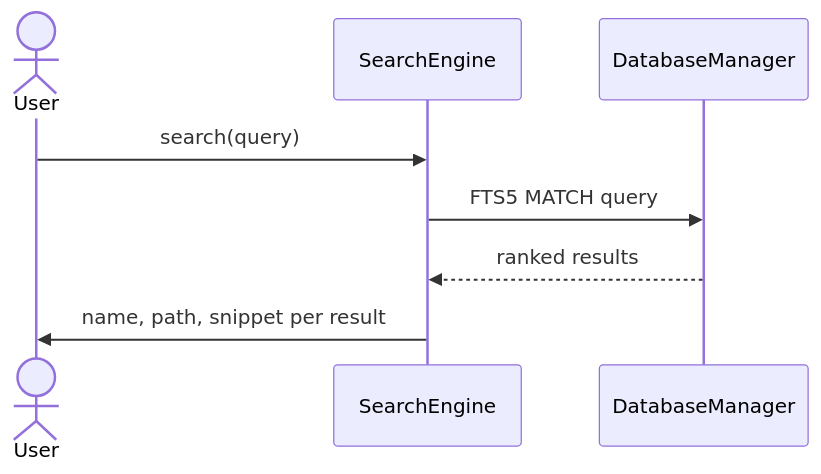
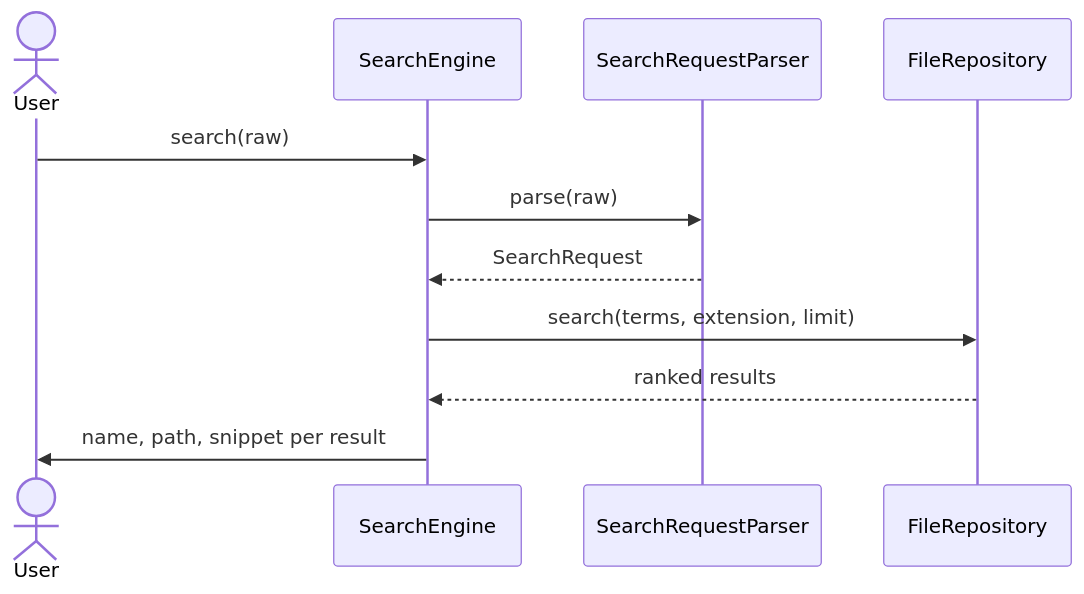
The sixth of 7 diagrams in ARCHITECTURE.md (IonutzHerbil/Search_Engine), drawn with Mermaid before and after one commit. The commit also changed other lines of this file, not shown here.

Commit message:
docs: updated architecture to reflect refactored structure

````diff
--- a/ARCHITECTURE.md
+++ b/ARCHITECTURE.md
@@ -287,11 +341,14 @@
 ```mermaid
 sequenceDiagram
     actor User
     participant SearchEngine
-    participant DatabaseManager
+    participant SearchRequestParser
+    participant FileRepository
 
-    User->>SearchEngine: search(query)
-    SearchEngine->>DatabaseManager: FTS5 MATCH query
-    DatabaseManager-->>SearchEngine: ranked results
+    User->>SearchEngine: search(raw)
+    SearchEngine->>SearchRequestParser: parse(raw)
+    SearchRequestParser-->>SearchEngine: SearchRequest
+    SearchEngine->>FileRepository: search(terms, extension, limit)
+    FileRepository-->>SearchEngine: ranked results
     SearchEngine->>User: name, path, snippet per result
 ```
````
